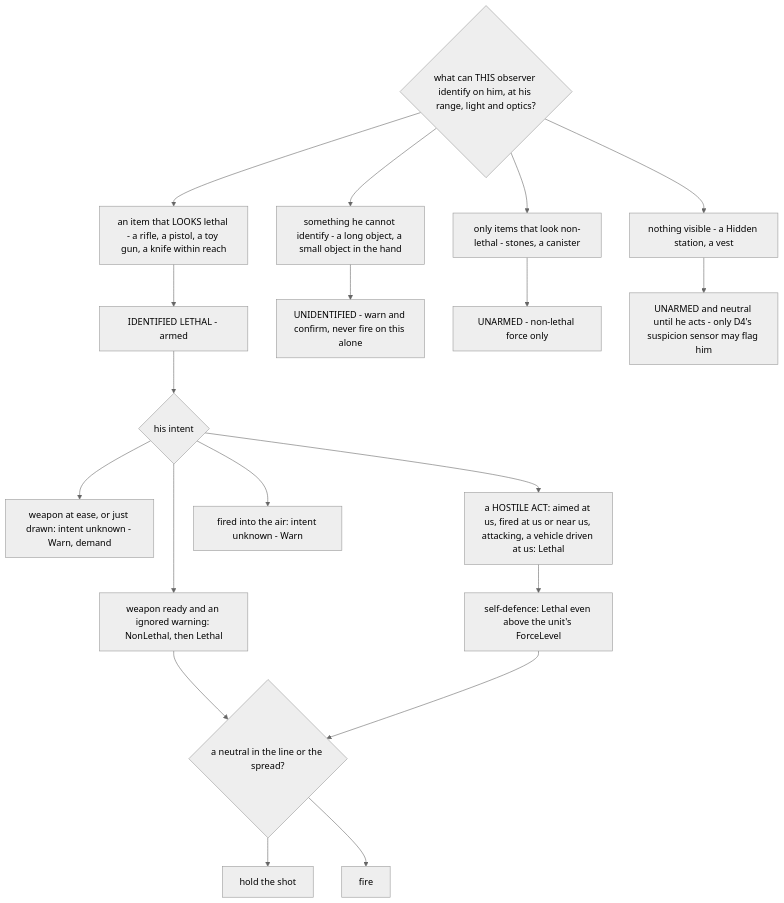
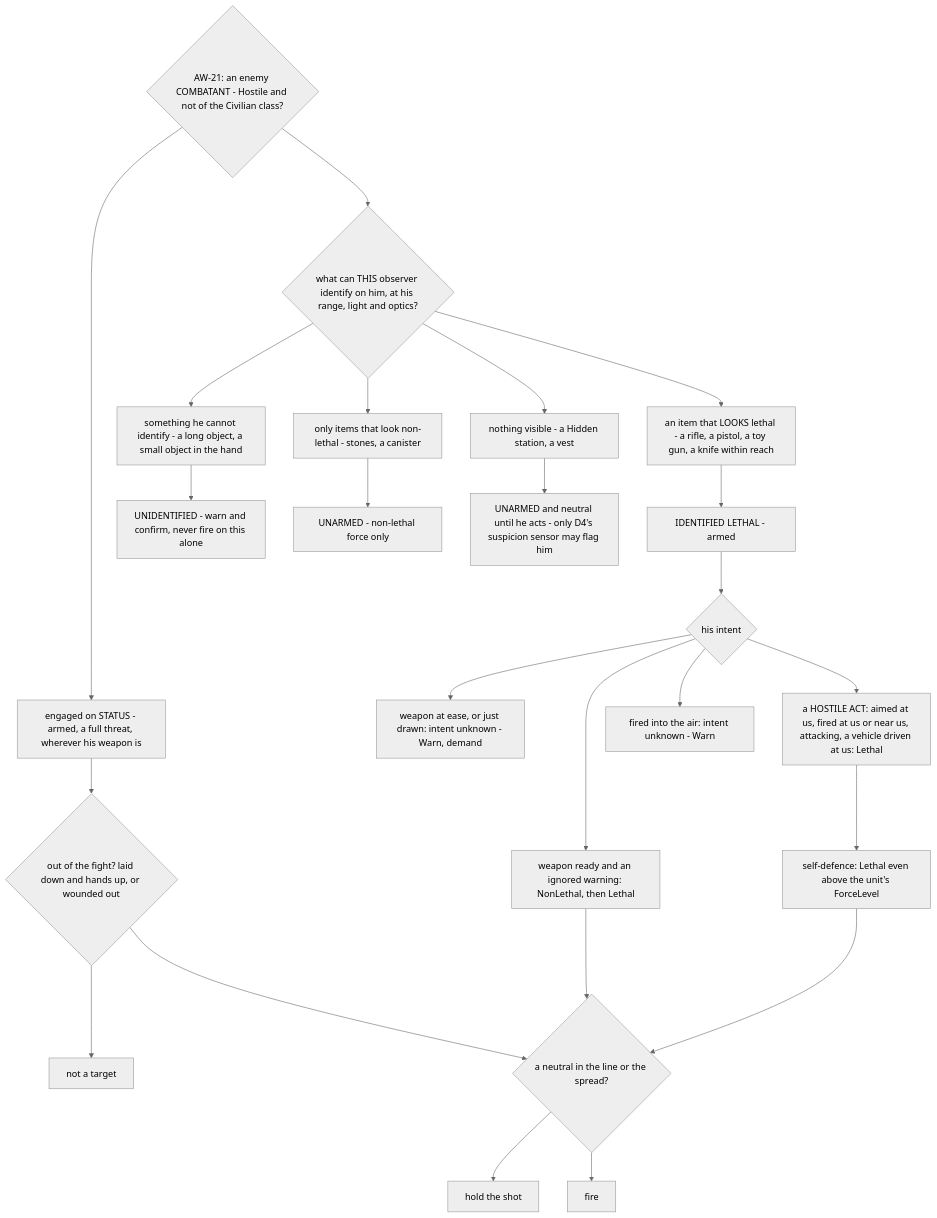
One commit to pjanec/HROT changed diagram 24 of 42 in docs/DESIGN_Civilians_And_Crowd_Control.md. Above: the diagram before and after it, drawn with Mermaid (neutral theme). The commit also changed other lines of this file and 2 other files, not shown here.

First line of the commit message:
Civilians §5h AW-21 (R-2027): status for combatants, conduct for civilians — an enemy combatant is engaged as today; the per-observer rules apply to the Civilian class and the neutral or unknown

````diff
--- a/docs/DESIGN_Civilians_And_Crowd_Control.md
+++ b/docs/DESIGN_Civilians_And_Crowd_Control.md
@@ -943,21 +947,26 @@
 ```mermaid
 graph TD
+  S{AW-21: an enemy COMBATANT - Hostile and not of the Civilian class?} --> ST[engaged on STATUS - armed, a full threat, wherever his weapon is]
+  ST --> OUT{out of the fight? laid down and hands up, or wounded out}
+  OUT --> NOT[not a target]
+  OUT --> NL
+  S --> Q
   Q{what can THIS observer identify on him, at his range, light and optics?} --> A[an item that LOOKS lethal - a rifle, a pistol, a toy gun, a knife within reach]
   Q --> U[something he cannot identify - a long object, a small object in the hand]
   Q --> D[only items that look non-lethal - stones, a canister]
   Q --> E[nothing visible - a Hidden station, a vest]
   A --> ID[IDENTIFIED LETHAL - armed]
   U --> UNK[UNIDENTIFIED - warn and confirm, never fire on this alone]
   D --> UN[UNARMED - non-lethal force only]
   E --> UN2[UNARMED and neutral until he acts - only D4's suspicion sensor may flag him]
   ID --> I{his intent}
   I --> AE[weapon at ease, or just drawn: intent unknown - Warn, demand]
   I --> RD[weapon ready and an ignored warning: NonLethal, then Lethal]
   I --> HA[a HOSTILE ACT: aimed at us, fired at us or near us, attacking, a vehicle driven at us: Lethal]
   I --> AIR[fired into the air: intent unknown - Warn]
   HA --> SD[self-defence: Lethal even above the unit's ForceLevel]
   RD --> NL{a neutral in the line or the spread?}
   SD --> NL
   NL --> HOLD[hold the shot]
   NL --> FIRE[fire]
 ```
````
